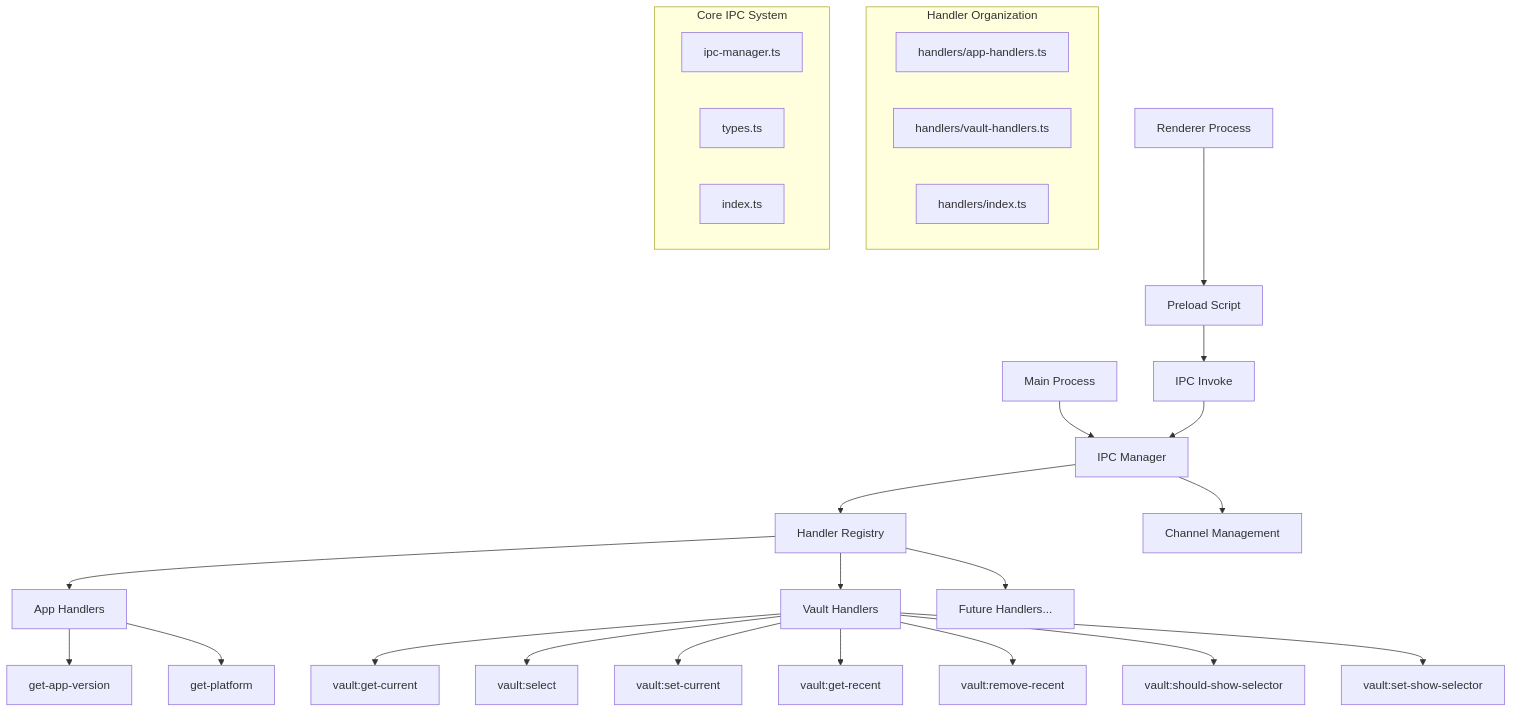
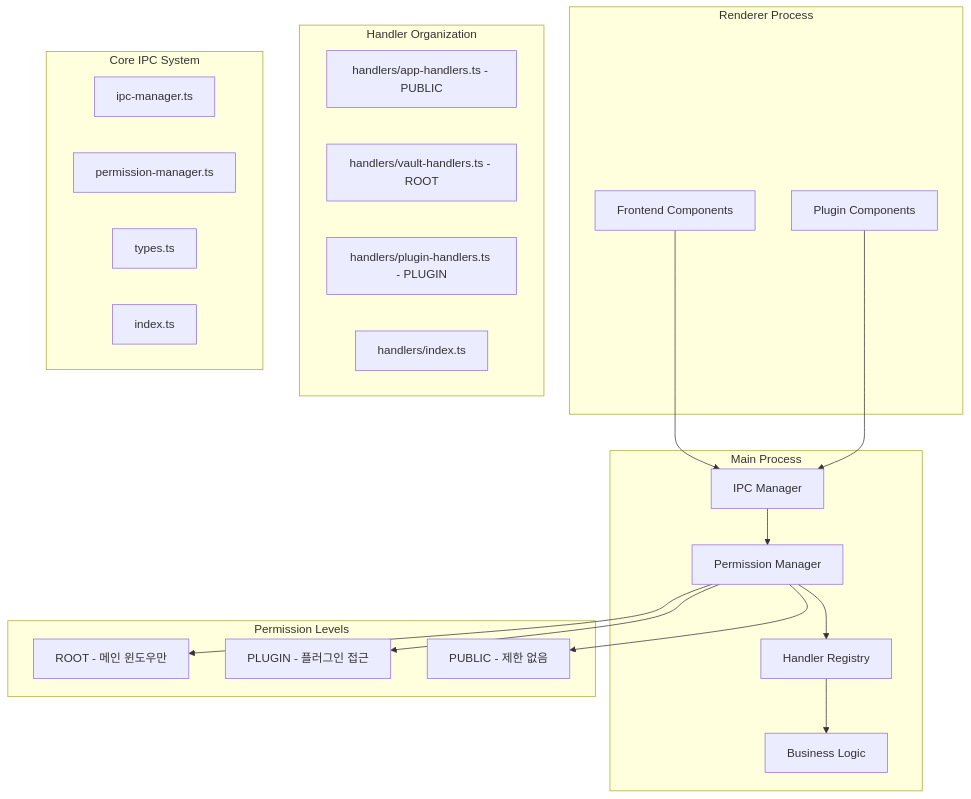
The first of 4 diagrams in electron/main/ipc/README.md (yish0/not.e), drawn with Mermaid before and after one commit. The commit also changed other lines of this file and 7 other files, not shown here.

First line of the commit message:
feat: Implement comprehensive IPC permission management system

````diff
--- a/electron/main/ipc/README.md
+++ b/electron/main/ipc/README.md
@@ -7,37 +7,44 @@
 ```mermaid
 graph TB
-    A[IPC Manager] --> B[Handler Registry]
-    A --> C[Channel Management]
+    subgraph "Renderer Process"
+        A[Frontend Components]
+        B[Plugin Components]
+    end
     
-    B --> D[App Handlers]
-    B --> E[Vault Handlers]
-    B --> F[Future Handlers...]
+    subgraph "Main Process"
+        C[IPC Manager]
+        D[Permission Manager]
+        E[Handler Registry]
+        F[Business Logic]
+    end
     
-    D --> G[get-app-version]
-    D --> H[get-platform]
+    A --> C
+    B --> C
+    C --> D
+    D --> E
+    E --> F
     
-    E --> I[vault:get-current]
-    E --> J[vault:select]
-    E --> K[vault:set-current]
-    E --> L[vault:get-recent]
-    E --> M[vault:remove-recent]
-    E --> N[vault:should-show-selector]
-    E --> O[vault:set-show-selector]
+    subgraph "Permission Levels"
+        G[ROOT - 메인 윈도우만]
+        H[PLUGIN - 플러그인 접근]
+        I[PUBLIC - 제한 없음]
+    end
     
-    P[Main Process] --> A
-    Q[Renderer Process] --> R[Preload Script]
-    R --> S[IPC Invoke]
-    S --> A
+    D --> G
+    D --> H
+    D --> I
     
     subgraph "Handler Organization"
-        T[handlers/app-handlers.ts]
-        U[handlers/vault-handlers.ts]
-        V[handlers/index.ts]
+        J[handlers/app-handlers.ts - PUBLIC]
+        K[handlers/vault-handlers.ts - ROOT]
+        L[handlers/plugin-handlers.ts - PLUGIN]
+        M[handlers/index.ts]
     end
     
     subgraph "Core IPC System"
-        W[ipc-manager.ts]
-        X[types.ts]
-        Y[index.ts]
+        N[ipc-manager.ts]
+        O[permission-manager.ts]
+        P[types.ts]
+        Q[index.ts]
     end
 ```
````
